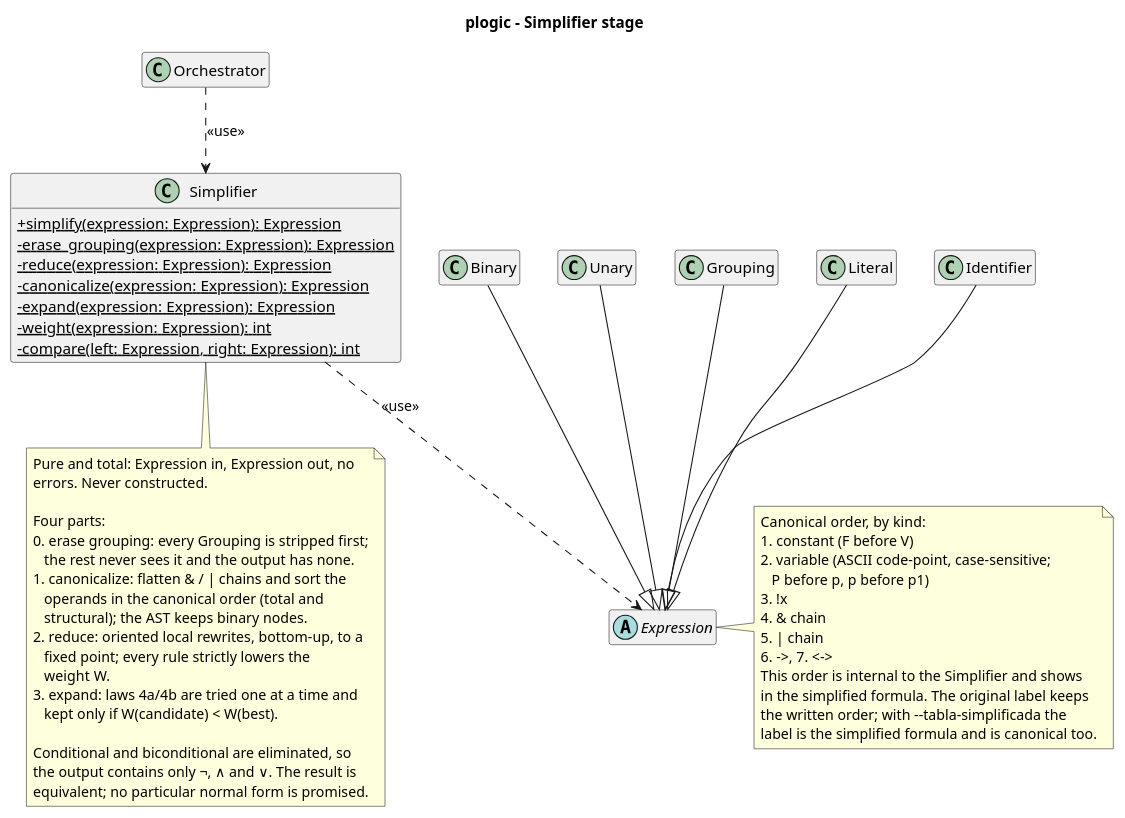
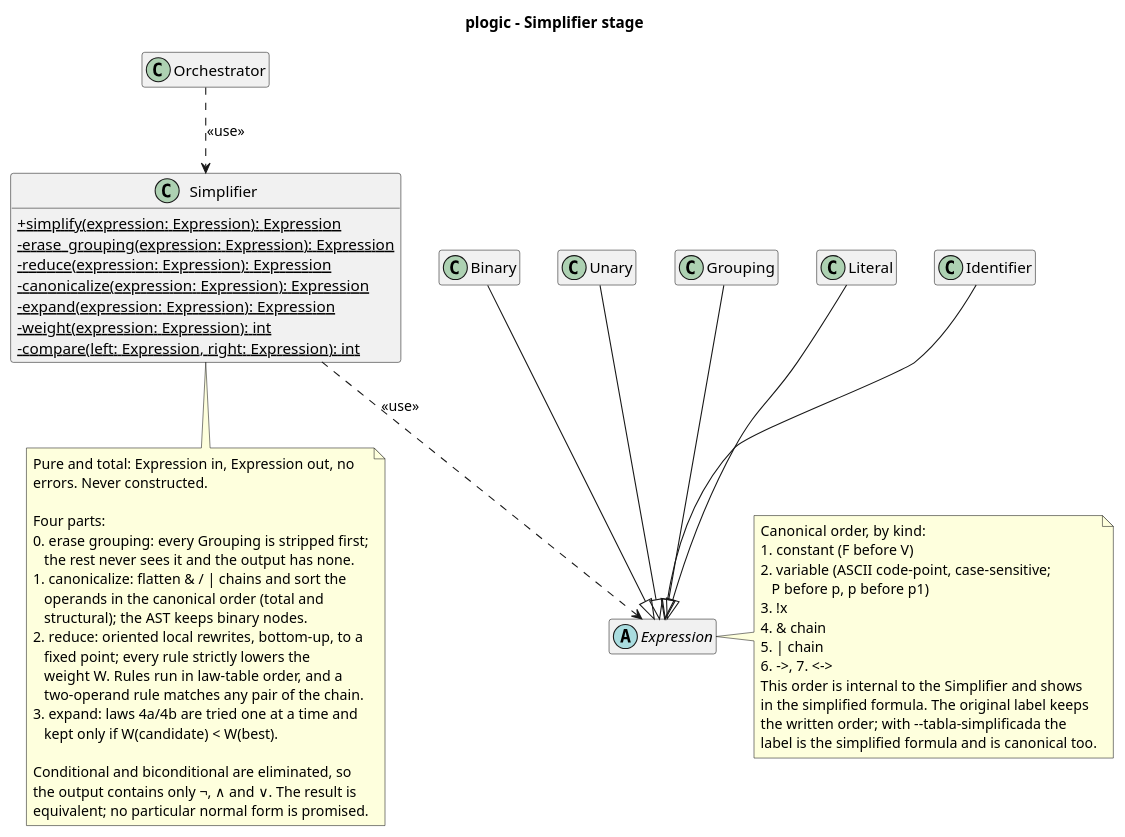
The diagram in design/diagrams/simplifier_class.puml (Josgtg/plogic), drawn with PlantUML before and after one commit. The commit also changed 3 other files, not shown here.

Commit message:
design: document the simplifier's rule order and determinism

```diff
--- a/design/diagrams/simplifier_class.puml
+++ b/design/diagrams/simplifier_class.puml
@@ -1,76 +1,77 @@
 @startuml simplifier_class
 title plogic - Simplifier stage
 
 skinparam classAttributeIconSize 0
 hide empty members
 
 class Orchestrator
 
 class Simplifier {
   +{static} simplify(expression: Expression): Expression
   -{static} erase_grouping(expression: Expression): Expression
   -{static} reduce(expression: Expression): Expression
   -{static} canonicalize(expression: Expression): Expression
   -{static} expand(expression: Expression): Expression
   -{static} weight(expression: Expression): int
   -{static} compare(left: Expression, right: Expression): int
 }
 
 abstract class Expression
 
 class Binary
 
 class Unary
 
 class Grouping
 
 class Literal
 
 class Identifier
 
 note bottom of Simplifier
   Pure and total: Expression in, Expression out, no
   errors. Never constructed.
 
   Four parts:
   0. erase grouping: every Grouping is stripped first;
      the rest never sees it and the output has none.
   1. canonicalize: flatten & / | chains and sort the
      operands in the canonical order (total and
      structural); the AST keeps binary nodes.
   2. reduce: oriented local rewrites, bottom-up, to a
      fixed point; every rule strictly lowers the
-     weight W.
+     weight W. Rules run in law-table order, and a
+     two-operand rule matches any pair of the chain.
   3. expand: laws 4a/4b are tried one at a time and
      kept only if W(candidate) < W(best).
 
   Conditional and biconditional are eliminated, so
   the output contains only ¬, ∧ and ∨. The result is
   equivalent; no particular normal form is promised.
 end note
 
 note right of Expression
   Canonical order, by kind:
   1. constant (F before V)
   2. variable (ASCII code-point, case-sensitive;
      P before p, p before p1)
   3. !x
   4. & chain
   5. | chain
   6. ->, 7. <->
   This order is internal to the Simplifier and shows
   in the simplified formula. The original label keeps
   the written order; with --tabla-simplificada the
   label is the simplified formula and is canonical too.
 end note
 
 Orchestrator ..> Simplifier : <<use>>
 Simplifier ..> Expression : <<use>>
 
 Binary --|> Expression
 Unary --|> Expression
 Grouping --|> Expression
 Literal --|> Expression
 Identifier --|> Expression
 
 @enduml
```
